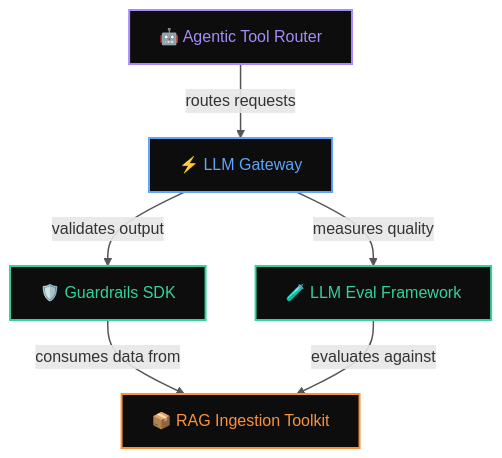
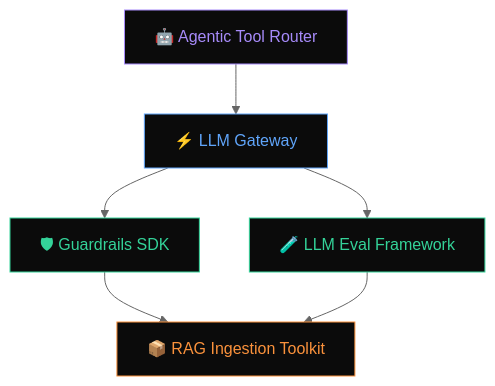
The diagram in README.md (vola-trebla/llm-infrastructure), drawn with Mermaid before and after one commit.

Commit message:
Clean up diagram: remove edge labels, thinner strokes

````diff
--- a/README.md
+++ b/README.md
@@ -9,21 +9,27 @@
 ```mermaid
 flowchart TB
-    A["🤖 Agentic Tool Router"]:::app
-    B["⚡ LLM Gateway"]:::infra
-    C["🛡️ Guardrails SDK"]:::quality
-    D["🧪 LLM Eval Framework"]:::quality
-    E["📦 RAG Ingestion Toolkit"]:::data
+    A["🤖 Agentic Tool Router"]
+    B["⚡ LLM Gateway"]
+    C["🛡 Guardrails SDK"]
+    D["🧪 LLM Eval Framework"]
+    E["📦 RAG Ingestion Toolkit"]
 
-    A -- "routes requests" --> B
-    B -- "validates output" --> C
-    B -- "measures quality" --> D
-    C -- "consumes data from" --> E
-    D -- "evaluates against" --> E
+    A --> B
+    B --> C
+    B --> D
+    C --> E
+    D --> E
 
-    classDef app fill:#0D0D0D,stroke:#A78BFA,color:#A78BFA,stroke-width:2px
-    classDef infra fill:#0D0D0D,stroke:#60A5FA,color:#60A5FA,stroke-width:2px
-    classDef quality fill:#0D0D0D,stroke:#34D399,color:#34D399,stroke-width:2px
-    classDef data fill:#0D0D0D,stroke:#FB923C,color:#FB923C,stroke-width:2px
+    classDef app fill:#0B0B0B,stroke:#A78BFA,color:#A78BFA,stroke-width:1px
+    classDef infra fill:#0B0B0B,stroke:#60A5FA,color:#60A5FA,stroke-width:1px
+    classDef quality fill:#0B0B0B,stroke:#34D399,color:#34D399,stroke-width:1px
+    classDef data fill:#0B0B0B,stroke:#FB923C,color:#FB923C,stroke-width:1px
 
-    linkStyle default stroke:#555,stroke-width:1.5px
+    class A app
+    class B infra
+    class C quality
+    class D quality
+    class E data
+
+    linkStyle default stroke:#666,stroke-width:1px
 ```
````
